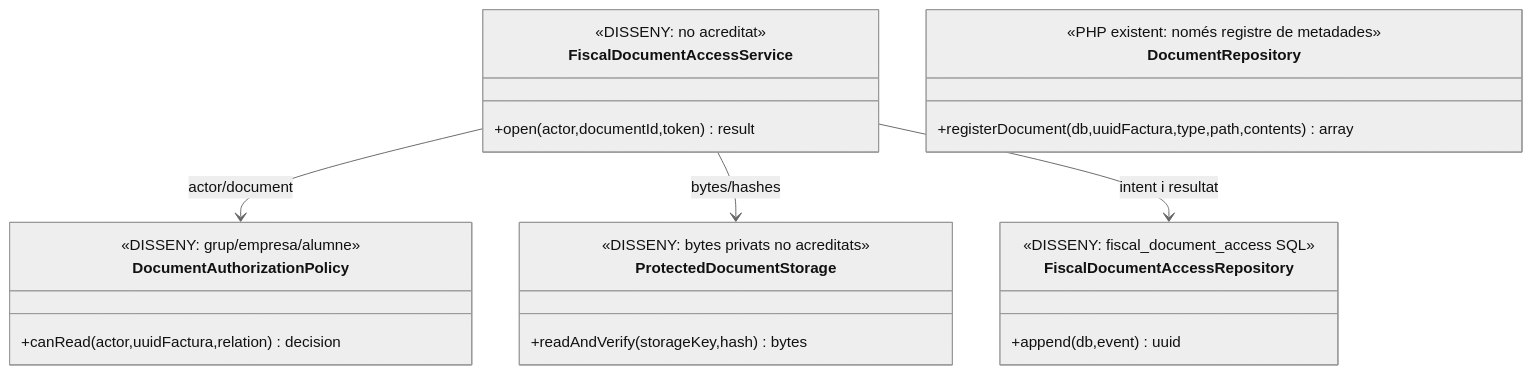
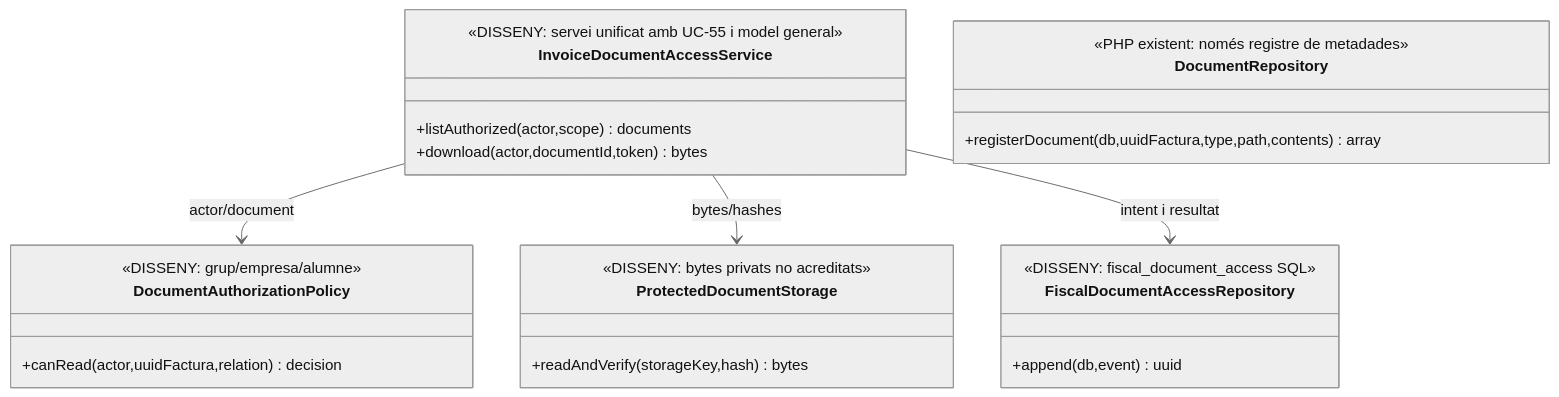
Before and after one commit to orgmeriemprismacat-del/verifactu: the second of 7 diagrams in documentacio/07-uml-integrat/uc-080-servir-registrar-acces-document-fiscal.md, drawn with Mermaid (neutral theme). The commit also changed other lines of this file, not shown here.

Commit message:
docs(uml): UC-80 separa llistat autoritzat i descàrrega amb bytes íntegres i grant vigent

````diff
--- a/documentacio/07-uml-integrat/uc-080-servir-registrar-acces-document-fiscal.md
+++ b/documentacio/07-uml-integrat/uc-080-servir-registrar-acces-document-fiscal.md
@@ -80,26 +80,27 @@
 ```mermaid
 classDiagram
-class FiscalDocumentAccessService {
- <<DISSENY: no acreditat>>
- +open(actor,documentId,token) result
+class InvoiceDocumentAccessService {
+ <<DISSENY: servei unificat amb UC-55 i model general>>
+ +listAuthorized(actor,scope) documents
+ +download(actor,documentId,token) bytes
 }
 class DocumentAuthorizationPolicy {
  <<DISSENY: grup/empresa/alumne>>
  +canRead(actor,uuidFactura,relation) decision
 }
 class FiscalDocumentAccessRepository {
  <<DISSENY: fiscal_document_access SQL>>
  +append(db,event) uuid
 }
 class ProtectedDocumentStorage {
  <<DISSENY: bytes privats no acreditats>>
  +readAndVerify(storageKey,hash) bytes
 }
 class DocumentRepository {
  <<PHP existent: només registre de metadades>>
  +registerDocument(db,uuidFactura,type,path,contents) array
 }
-FiscalDocumentAccessService --> DocumentAuthorizationPolicy : actor/document
-FiscalDocumentAccessService --> ProtectedDocumentStorage : bytes/hashes
-FiscalDocumentAccessService --> FiscalDocumentAccessRepository : intent i resultat
+InvoiceDocumentAccessService --> DocumentAuthorizationPolicy : actor/document
+InvoiceDocumentAccessService --> ProtectedDocumentStorage : bytes/hashes
+InvoiceDocumentAccessService --> FiscalDocumentAccessRepository : intent i resultat
 ```
````
